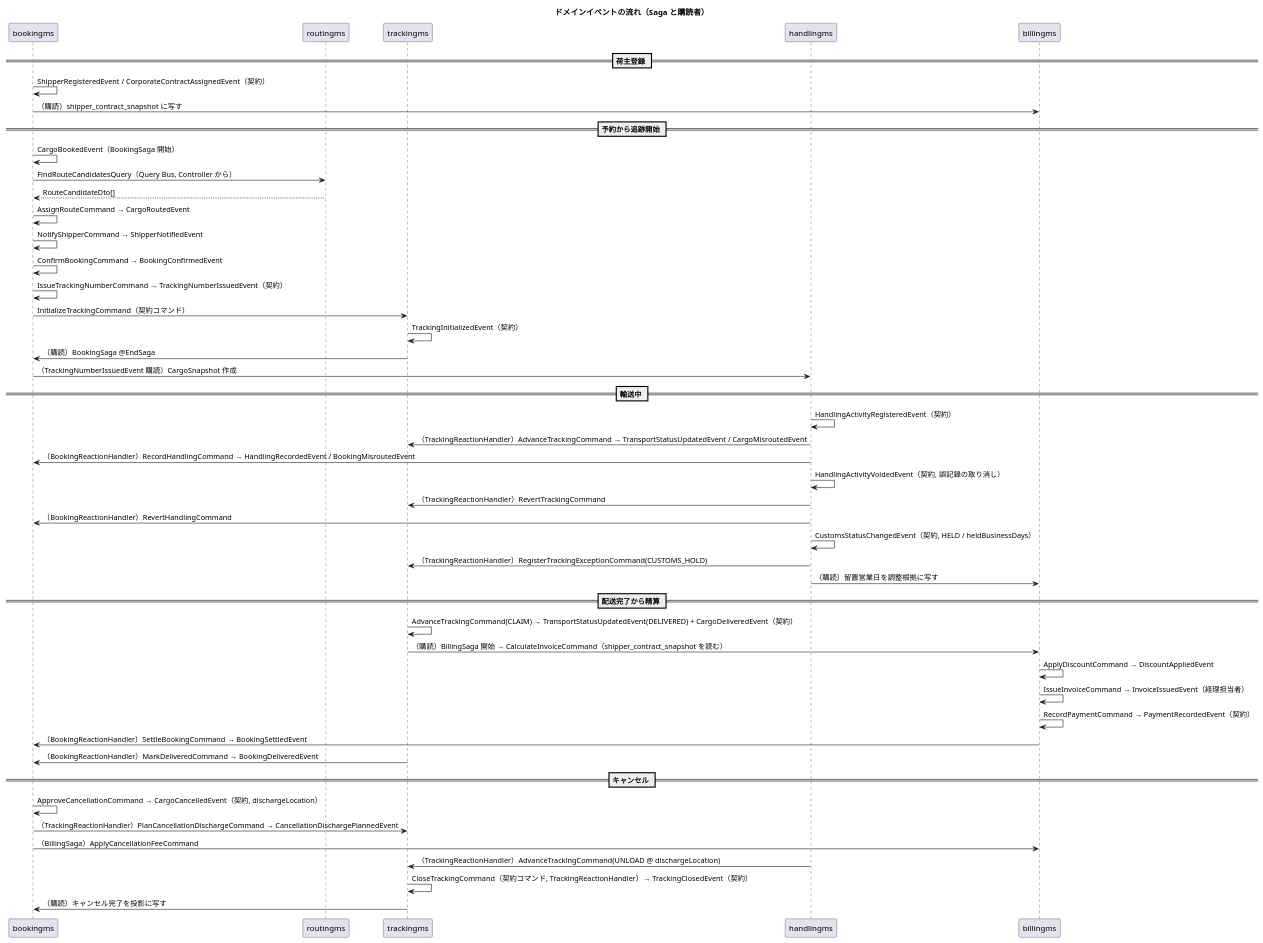
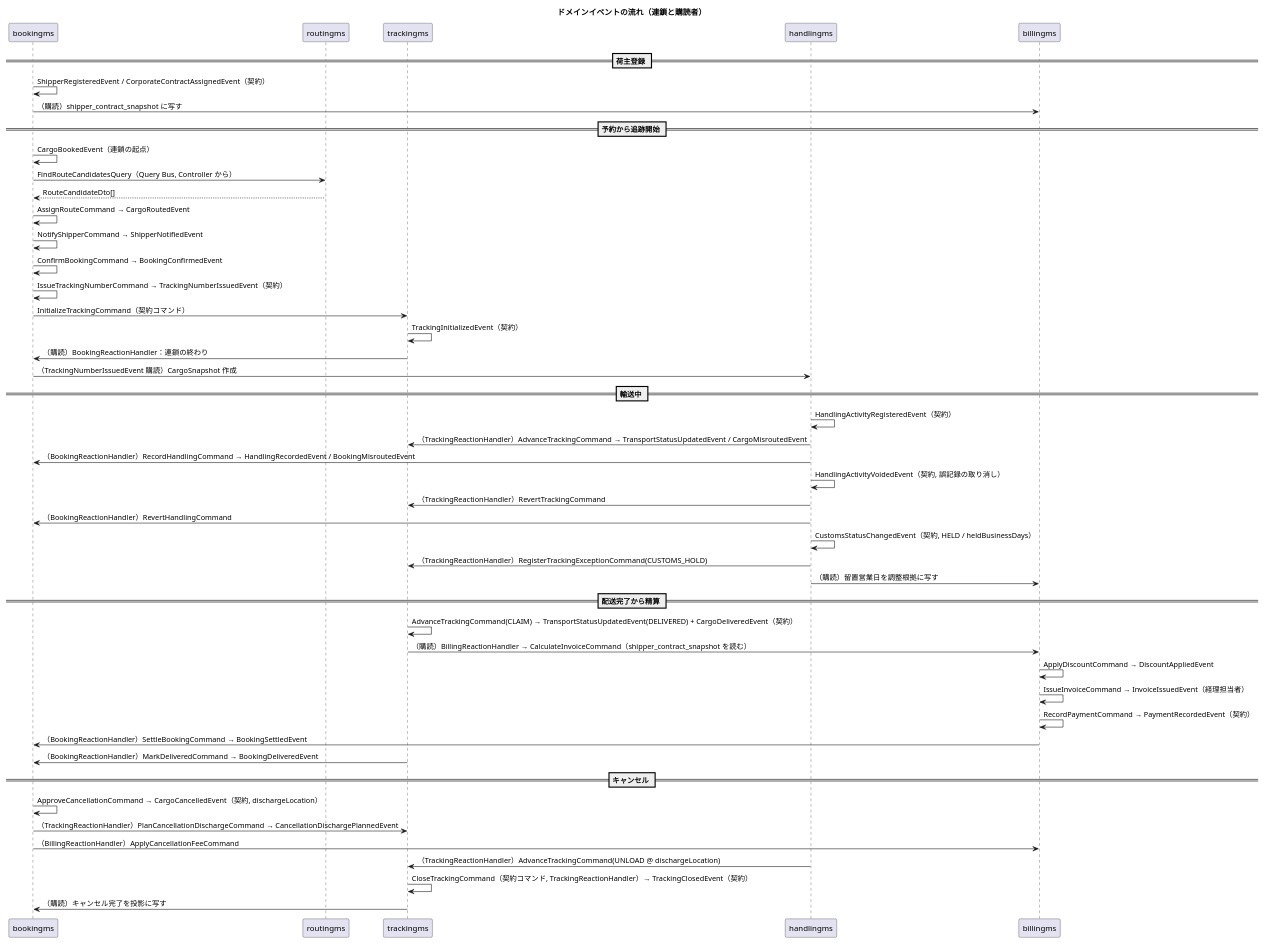
Before and after one commit to k2works/case-study-cargo-tracker: diagram 12 of 13 in docs/design/cargo-tracker/domain-model.md, drawn with PlantUML. The commit also changed other lines of this file and 14 other files, not shown here.

````diff
--- a/docs/design/cargo-tracker/domain-model.md
+++ b/docs/design/cargo-tracker/domain-model.md
@@ -1191,56 +1191,56 @@
 ```plantuml
 @startuml
-title ドメインイベントの流れ（Saga と購読者）
+title ドメインイベントの流れ（連鎖と購読者）
 
 participant "bookingms" as B
 participant "routingms" as R
 participant "trackingms" as T
 participant "handlingms" as H
 participant "billingms" as Bi
 
 == 荷主登録 ==
 B -> B : ShipperRegisteredEvent / CorporateContractAssignedEvent（契約）
 B -> Bi : （購読）shipper_contract_snapshot に写す
 
 == 予約から追跡開始 ==
-B -> B : CargoBookedEvent（BookingSaga 開始）
+B -> B : CargoBookedEvent（連鎖の起点）
 B -> R : FindRouteCandidatesQuery（Query Bus, Controller から）
 R --> B : RouteCandidateDto[]
 B -> B : AssignRouteCommand → CargoRoutedEvent
 B -> B : NotifyShipperCommand → ShipperNotifiedEvent
 B -> B : ConfirmBookingCommand → BookingConfirmedEvent
 B -> B : IssueTrackingNumberCommand → TrackingNumberIssuedEvent（契約）
 B -> T : InitializeTrackingCommand（契約コマンド）
 T -> T : TrackingInitializedEvent（契約）
-T -> B : （購読）BookingSaga @EndSaga
+T -> B : （購読）BookingReactionHandler：連鎖の終わり
 B -> H : （TrackingNumberIssuedEvent 購読）CargoSnapshot 作成
 
 == 輸送中 ==
 H -> H : HandlingActivityRegisteredEvent（契約）
 H -> T : （TrackingReactionHandler）AdvanceTrackingCommand → TransportStatusUpdatedEvent / CargoMisroutedEvent
 H -> B : （BookingReactionHandler）RecordHandlingCommand → HandlingRecordedEvent / BookingMisroutedEvent
 H -> H : HandlingActivityVoidedEvent（契約, 誤記録の取り消し）
 H -> T : （TrackingReactionHandler）RevertTrackingCommand
 H -> B : （BookingReactionHandler）RevertHandlingCommand
 H -> H : CustomsStatusChangedEvent（契約, HELD / heldBusinessDays）
 H -> T : （TrackingReactionHandler）RegisterTrackingExceptionCommand(CUSTOMS_HOLD)
 H -> Bi : （購読）留置営業日を調整根拠に写す
 
 == 配送完了から精算 ==
 T -> T : AdvanceTrackingCommand(CLAIM) → TransportStatusUpdatedEvent(DELIVERED) + CargoDeliveredEvent（契約）
-T -> Bi : （購読）BillingSaga 開始 → CalculateInvoiceCommand（shipper_contract_snapshot を読む）
+T -> Bi : （購読）BillingReactionHandler → CalculateInvoiceCommand（shipper_contract_snapshot を読む）
 Bi -> Bi : ApplyDiscountCommand → DiscountAppliedEvent
 Bi -> Bi : IssueInvoiceCommand → InvoiceIssuedEvent（経理担当者）
 Bi -> Bi : RecordPaymentCommand → PaymentRecordedEvent（契約）
 Bi -> B : （BookingReactionHandler）SettleBookingCommand → BookingSettledEvent
 T -> B : （BookingReactionHandler）MarkDeliveredCommand → BookingDeliveredEvent
 
 == キャンセル ==
 B -> B : ApproveCancellationCommand → CargoCancelledEvent（契約, dischargeLocation）
 B -> T : （TrackingReactionHandler）PlanCancellationDischargeCommand → CancellationDischargePlannedEvent
-B -> Bi : （BillingSaga）ApplyCancellationFeeCommand
+B -> Bi : （BillingReactionHandler）ApplyCancellationFeeCommand
 H -> T : （TrackingReactionHandler）AdvanceTrackingCommand(UNLOAD @ dischargeLocation)
 T -> T : CloseTrackingCommand（契約コマンド, TrackingReactionHandler）→ TrackingClosedEvent（契約）
 T -> B : （購読）キャンセル完了を投影に写す
 @enduml
 ```
````
